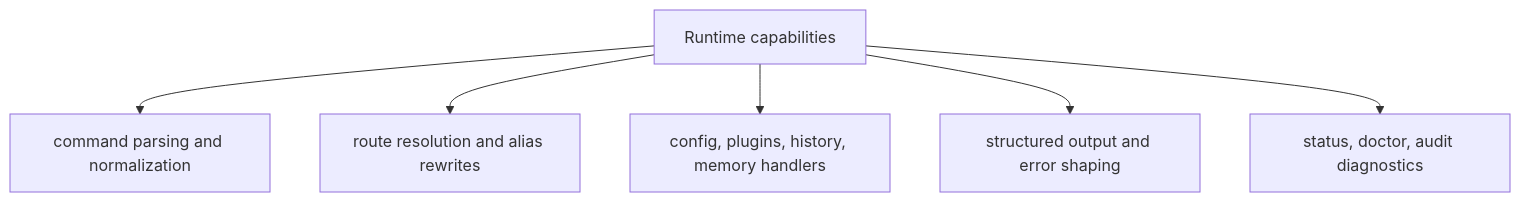
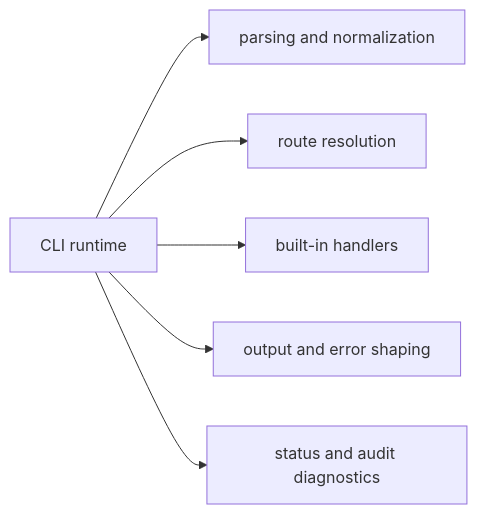
Before and after one commit to bijux/bijux-cli: the diagram in docs/bijux-cli/foundation/capability-map.md, drawn with Mermaid. The commit also changed other lines of this file, not shown here.

Commit message:
docs(cli-foundation): clarify the capability map

````diff
--- a/docs/bijux-cli/foundation/capability-map.md
+++ b/docs/bijux-cli/foundation/capability-map.md
@@ -17,8 +20,8 @@
 ```mermaid
-flowchart TB
-    runtime["Runtime capabilities"] --> parse["command parsing and normalization"]
-    runtime --> routes["route resolution and alias rewrites"]
-    runtime --> handlers["config, plugins, history, memory handlers"]
-    runtime --> output["structured output and error shaping"]
-    runtime --> diagnostics["status, doctor, audit diagnostics"]
+flowchart LR
+    runtime["CLI runtime"] --> parse["parsing and normalization"]
+    runtime --> routes["route resolution"]
+    runtime --> handlers["built-in handlers"]
+    runtime --> output["output and error shaping"]
+    runtime --> diagnostics["status and audit diagnostics"]
 ```
````
